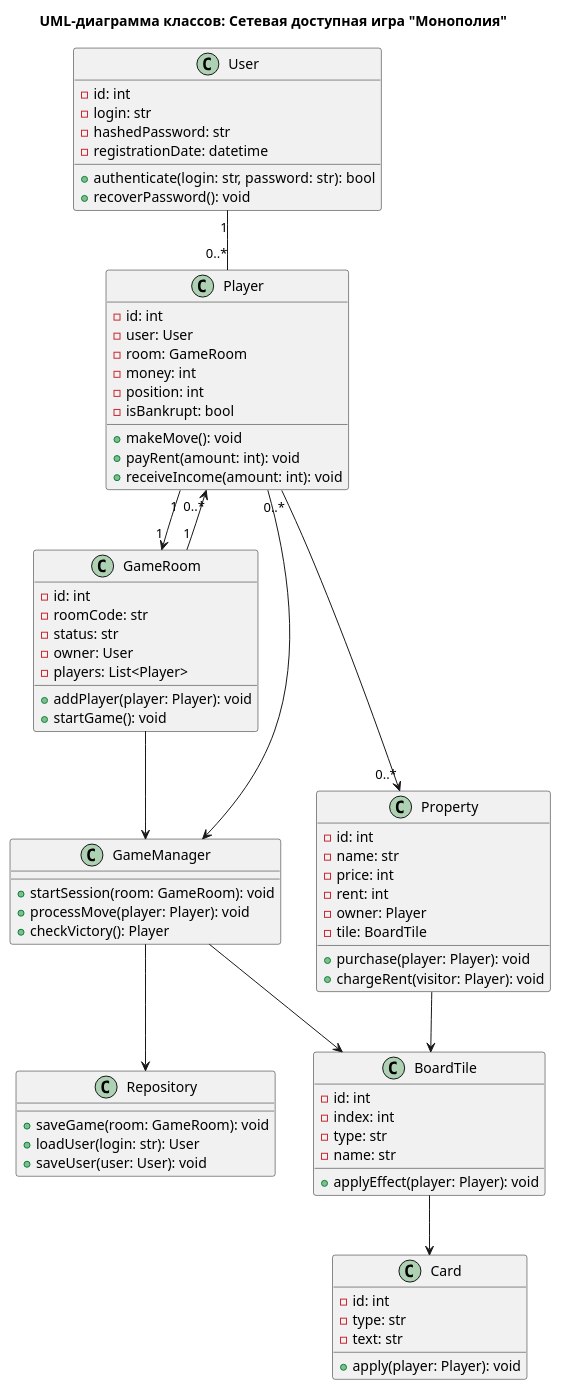
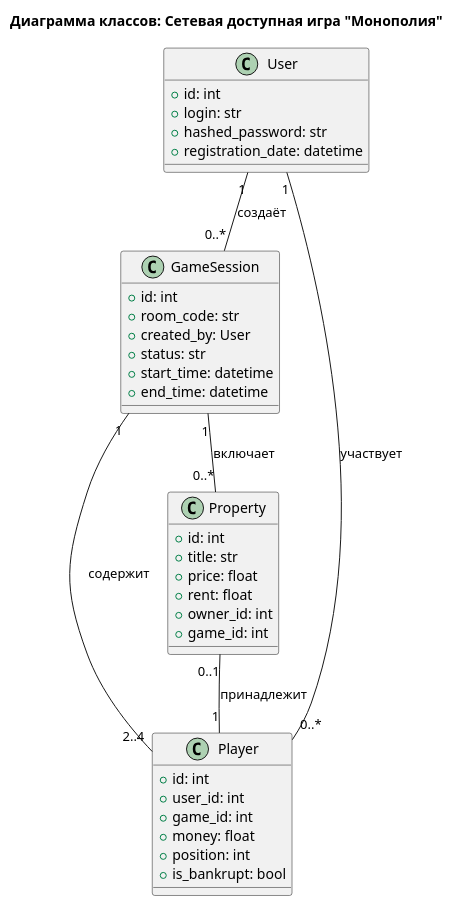
The diagram in classdiagram.md (nikkov199525/nir), drawn with PlantUML before and after one commit.

```diff
--- a/classdiagram.md
+++ b/classdiagram.md
@@ -1,89 +1,43 @@
 @startuml
-title UML-диаграмма классов: Сетевая доступная игра "Монополия"
+title Диаграмма классов: Сетевая доступная игра "Монополия"
 
-' == Классы, связанные с пользователем ==
 class User {
-  - id: int
-  - login: str
-  - hashedPassword: str
-  - registrationDate: datetime
-  + authenticate(login: str, password: str): bool
-  + recoverPassword(): void
+  +id: int
+  +login: str
+  +hashed_password: str
+  +registration_date: datetime
 }
 
-' == Игровые комнаты и сессии ==
-class GameRoom {
-  - id: int
-  - roomCode: str
-  - status: str
-  - owner: User
-  - players: List<Player>
-  + addPlayer(player: Player): void
-  + startGame(): void
+class GameSession {
+  +id: int
+  +room_code: str
+  +created_by: User
+  +status: str
+  +start_time: datetime
+  +end_time: datetime
 }
 
 class Player {
-  - id: int
-  - user: User
-  - room: GameRoom
-  - money: int
-  - position: int
-  - isBankrupt: bool
-  + makeMove(): void
-  + payRent(amount: int): void
-  + receiveIncome(amount: int): void
-}
-
-' == Элементы игрового поля ==
-class BoardTile {
-  - id: int
-  - index: int
-  - type: str
-  - name: str
-  + applyEffect(player: Player): void
+  +id: int
+  +user_id: int
+  +game_id: int
+  +money: float
+  +position: int
+  +is_bankrupt: bool
 }
 
 class Property {
-  - id: int
-  - name: str
-  - price: int
-  - rent: int
-  - owner: Player
-  - tile: BoardTile
-  + purchase(player: Player): void
-  + chargeRent(visitor: Player): void
+  +id: int
+  +title: str
+  +price: float
+  +rent: float
+  +owner_id: int
+  +game_id: int
 }
 
-class Card {
-  - id: int
-  - type: str
-  - text: str
-  + apply(player: Player): void
-}
-
-' == Логика и доступ к данным ==
-class GameManager {
-  + startSession(room: GameRoom): void
-  + processMove(player: Player): void
-  + checkVictory(): Player
-}
-
-class Repository {
-  + saveGame(room: GameRoom): void
-  + loadUser(login: str): User
-  + saveUser(user: User): void
-}
-
-' == Связи между сущностями ==
-User "1" -- "0..*" Player
-Player "1" --> "1" GameRoom
-GameRoom "1" --> "0..*" Player
-Player "0..*" --> "0..*" Property
-Property --> BoardTile
-Player --> GameManager
-GameRoom --> GameManager
-GameManager --> Repository
-GameManager --> BoardTile
-BoardTile --> Card
-
+User "1" -- "0..*" GameSession : создаёт
+User "1" -- "0..*" Player : участвует
+GameSession "1" -- "2..4" Player : содержит
+GameSession "1" -- "0..*" Property : включает
+Property "0..1" -- "1" Player : принадлежит
 @enduml
```
